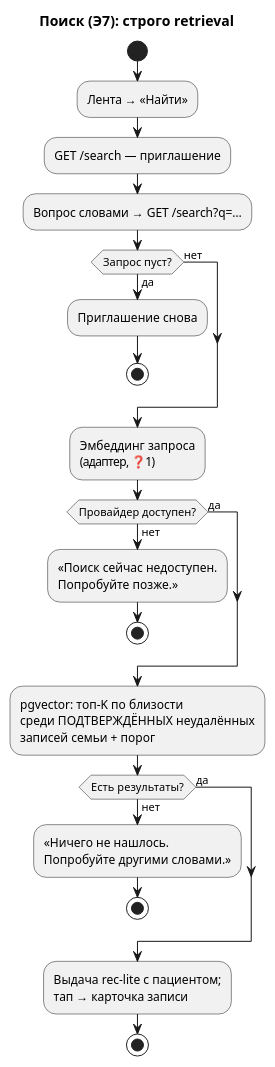
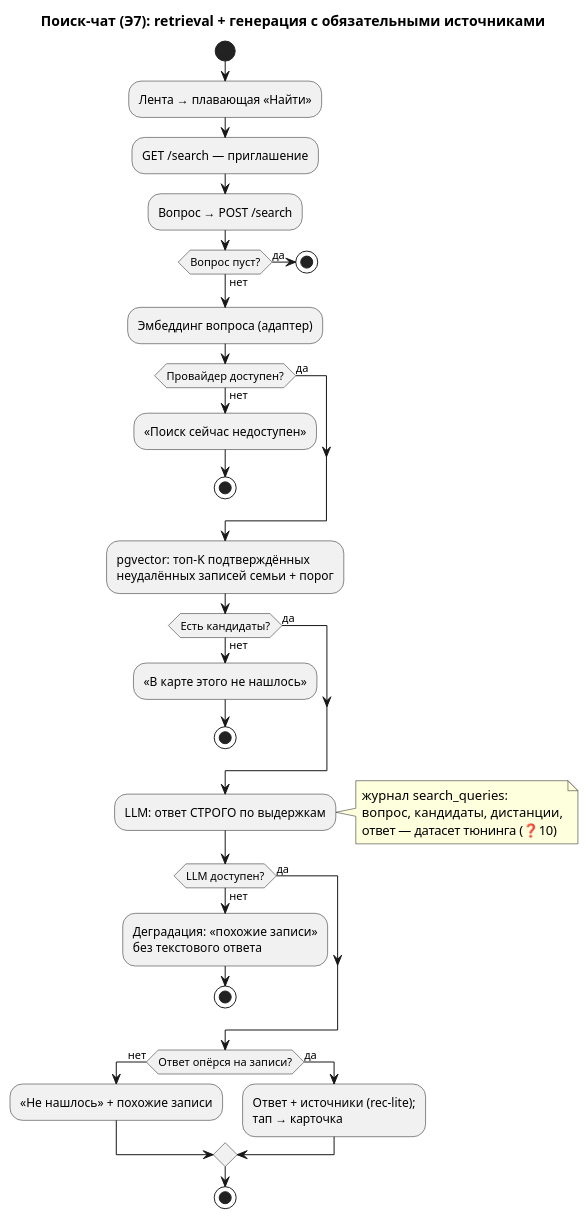
One commit to masterfocus92/medarchive changed the diagram in docs/flows/search.md. Above: the diagram before and after it, drawn with PlantUML. The commit also changed other lines of this file, not shown here.

Commit message:
docs: поток поиска — чат с ответом и источниками (решения ❓1–7); ❓8–10 на утверждение

````diff
--- a/docs/flows/search.md
+++ b/docs/flows/search.md
@@ -57,29 +58,39 @@
 ```plantuml
 @startuml
-title Поиск (Э7): строго retrieval
+title Поиск-чат (Э7): retrieval + генерация с обязательными источниками
 
 start
-:Лента → «Найти»;
+:Лента → плавающая «Найти»;
 :GET /search — приглашение;
-:Вопрос словами → GET /search?q=…;
-if (Запрос пуст?) then (да)
-  :Приглашение снова;
+:Вопрос → POST /search;
+if (Вопрос пуст?) then (да)
   stop
 else (нет)
 endif
-:Эмбеддинг запроса\n(адаптер, ❓1);
+:Эмбеддинг вопроса (адаптер);
 if (Провайдер доступен?) then (нет)
-  :«Поиск сейчас недоступен.\nПопробуйте позже.»;
+  :«Поиск сейчас недоступен»;
   stop
 else (да)
 endif
-:pgvector: топ-K по близости\nсреди ПОДТВЕРЖДЁННЫХ неудалённых\nзаписей семьи + порог;
-if (Есть результаты?) then (нет)
-  :«Ничего не нашлось.\nПопробуйте другими словами.»;
+:pgvector: топ-K подтверждённых\nнеудалённых записей семьи + порог;
+if (Есть кандидаты?) then (нет)
+  :«В карте этого не нашлось»;
   stop
 else (да)
 endif
-:Выдача rec-lite с пациентом;\nтап → карточка записи;
+:LLM: ответ СТРОГО по выдержкам;
+note right: журнал search_queries:\nвопрос, кандидаты, дистанции,\nответ — датасет тюнинга (❓10)
+if (LLM доступен?) then (нет)
+  :Деградация: «похожие записи»\nбез текстового ответа;
+  stop
+else (да)
+endif
+if (Ответ опёрся на записи?) then (нет)
+  :«Не нашлось» + похожие записи;
+else (да)
+  :Ответ + источники (rec-lite);\nтап → карточка;
+endif
 stop
 @enduml
 ```
````
